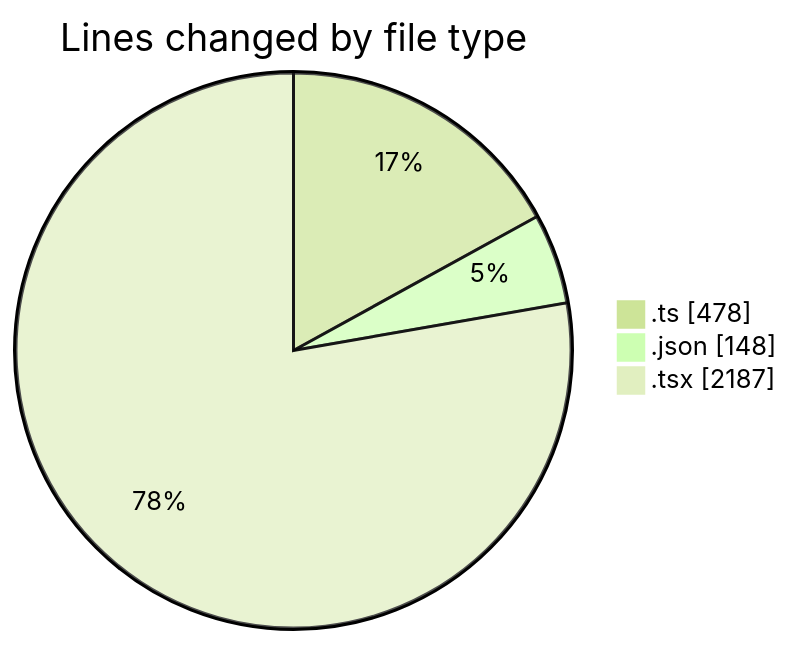
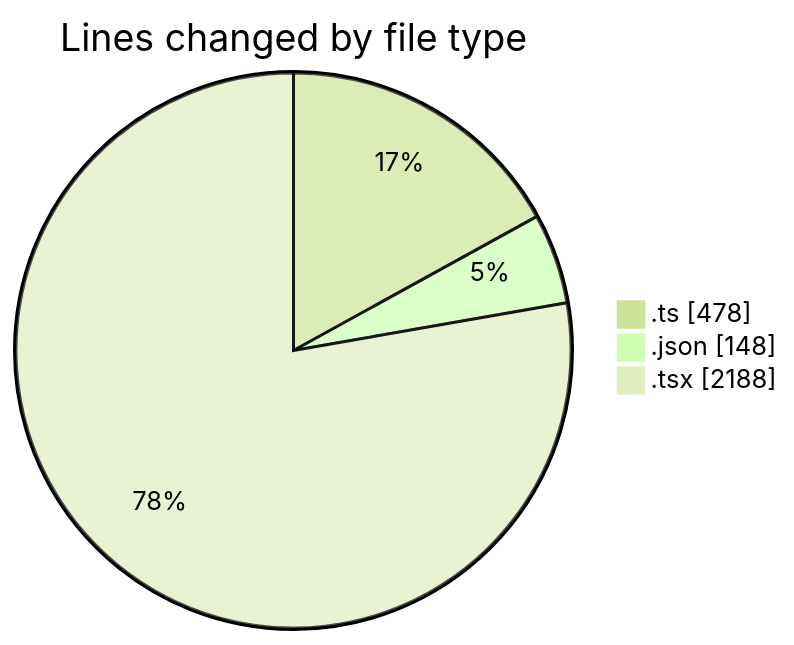
Before and after one commit to robertbonfada/code-tracking: the first of 2 diagrams in 2025-02-20/mbc-web/README.md, drawn with Mermaid (forest theme). The commit also changed other lines of this file and 1 other file, not shown here.

````diff
--- a/2025-02-20/mbc-web/README.md
+++ b/2025-02-20/mbc-web/README.md
@@ -36,7 +36,7 @@
 ```mermaid
 pie showData
 title Lines changed by file type
 ".ts" : 478
 ".json" : 148
-".tsx" : 2187
+".tsx" : 2188
 ```
````
